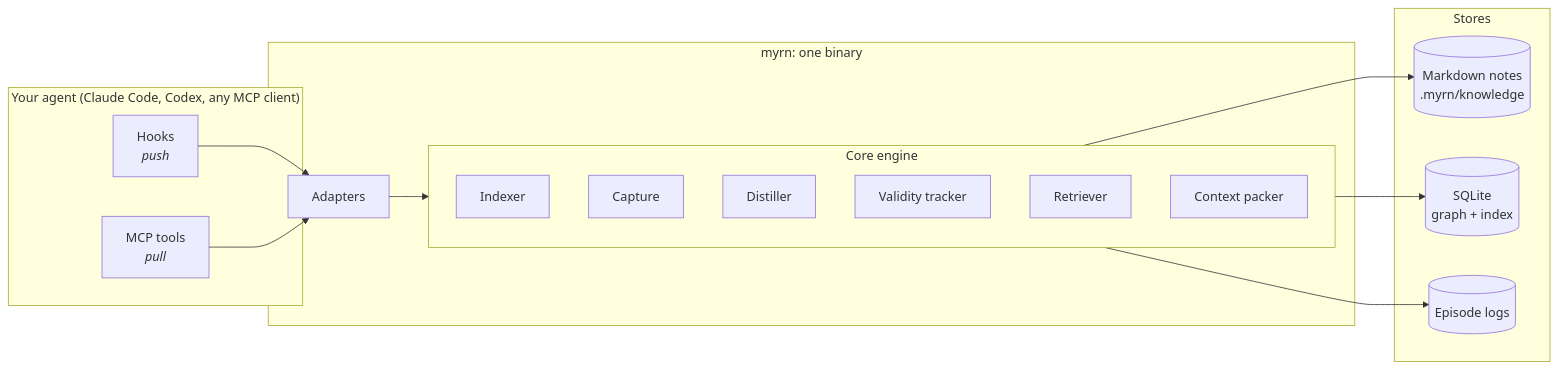
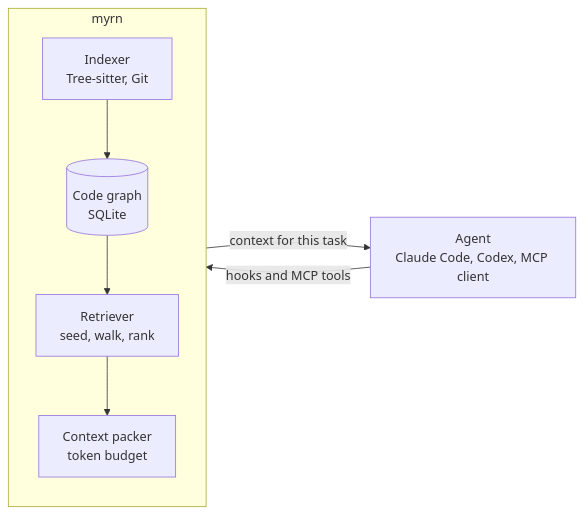
One commit to NickStrain/Myrn- changed the diagram in README.md. Above: the diagram before and after it, drawn with Mermaid. The commit also changed other lines of this file, not shown here.

````diff
--- a/README.md
+++ b/README.md
@@ -51,30 +152,11 @@
 ```mermaid
 flowchart LR
-    subgraph Agent["Your agent (Claude Code, Codex, any MCP client)"]
-        H[Hooks<br/><i>push</i>]
-        M[MCP tools<br/><i>pull</i>]
+    A[Agent<br/>Claude Code, Codex, MCP client] -- hooks and MCP tools --> M
+    subgraph M[myrn]
+        direction TB
+        I[Indexer<br/>Tree-sitter, Git] --> G[(Code graph<br/>SQLite)]
+        G --> R[Retriever<br/>seed, walk, rank]
+        R --> P[Context packer<br/>token budget]
     end
-
-    subgraph Myrn["myrn: one binary"]
-        A[Adapters]
-        subgraph Engine["Core engine"]
-            I[Indexer]
-            C[Capture]
-            D[Distiller]
-            V[Validity tracker]
-            R[Retriever]
-            P[Context packer]
-        end
-    end
-
-    subgraph Stores["Stores"]
-        N[(Markdown notes<br/>.myrn/knowledge)]
-        S[(SQLite<br/>graph + index)]
-        E[(Episode logs)]
-    end
-
-    H --> A
-    M --> A
-    A --> Engine
-    Engine --> N & S & E
+    M -- context for this task --> A
 ```
````
